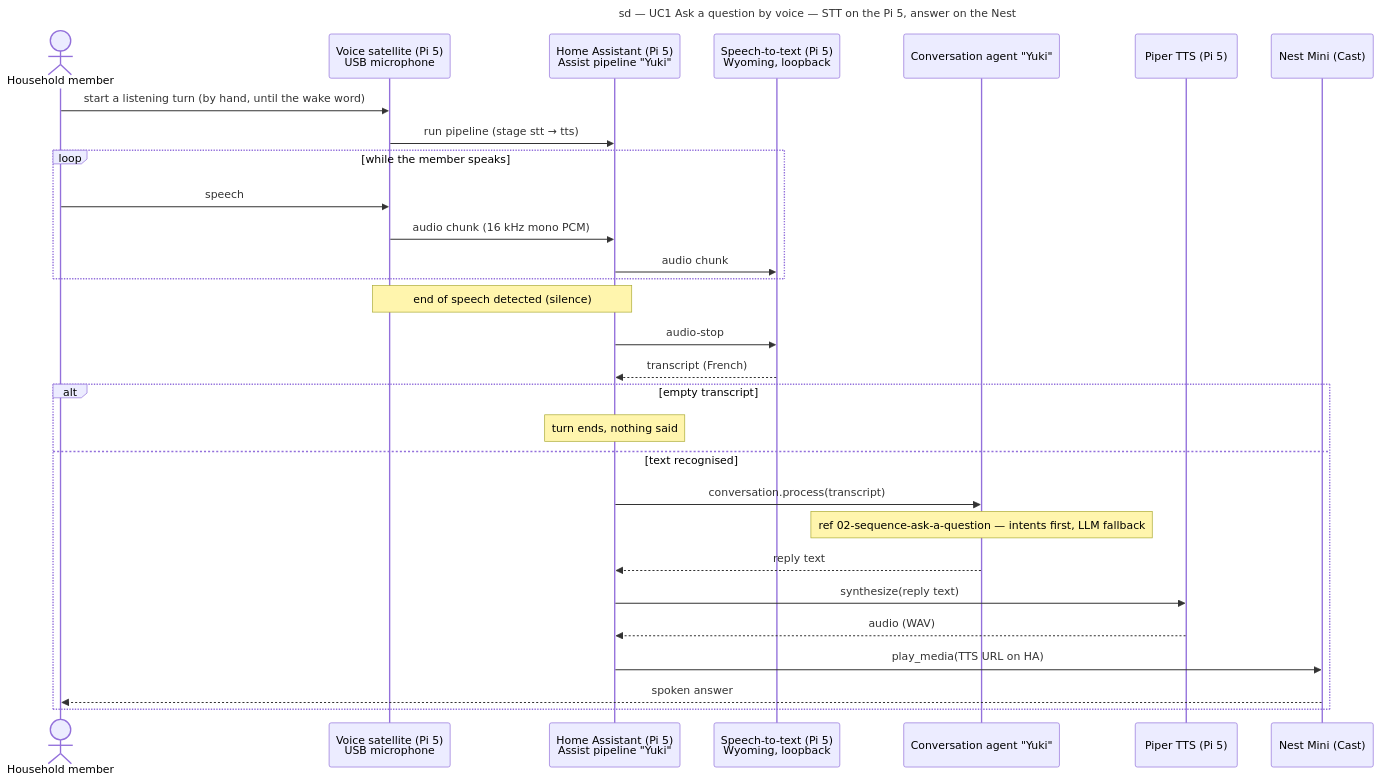
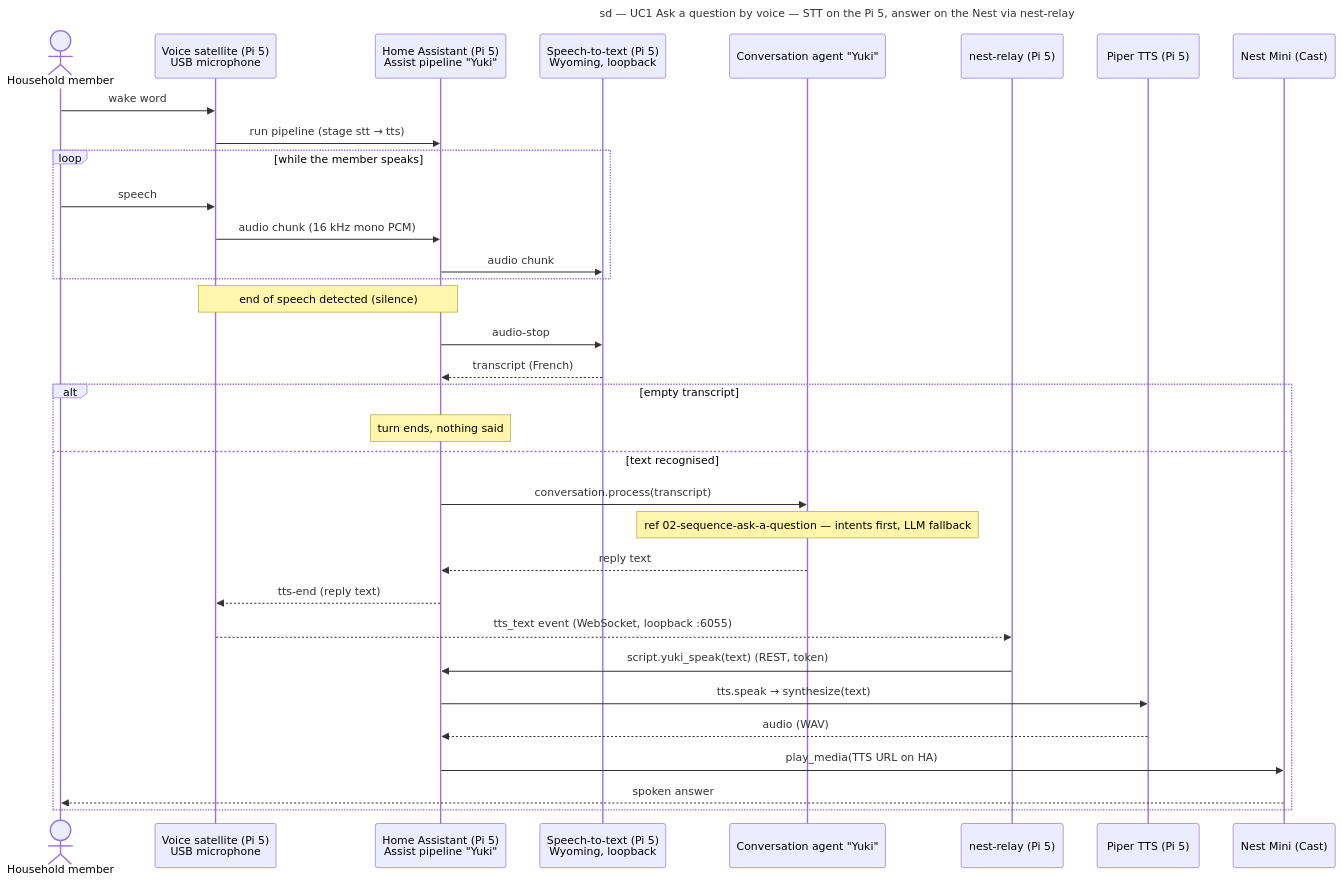
The diagram in docs/architecture/diagrams/voice-assistant/04-sequence-ask-by-voice.md (benoit-bremaud/confiture), drawn with Mermaid before and after one commit. The commit also changed other lines of this file and 14 other files, not shown here.

First line of the commit message:
fix(voice): address the pre-push review of the STT brick

````diff
--- a/docs/architecture/diagrams/voice-assistant/04-sequence-ask-by-voice.md
+++ b/docs/architecture/diagrams/voice-assistant/04-sequence-ask-by-voice.md
@@ -17,35 +18,39 @@
 ```mermaid
 ---
-title: sd — UC1 Ask a question by voice — STT on the Pi 5, answer on the Nest
+title: sd — UC1 Ask a question by voice — STT on the Pi 5, answer on the Nest via nest-relay
 ---
 sequenceDiagram
   actor Member as Household member
   participant Sat as Voice satellite (Pi 5)<br/>USB microphone
   participant HA as Home Assistant (Pi 5)<br/>Assist pipeline "Yuki"
   participant STT as Speech-to-text (Pi 5)<br/>Wyoming, loopback
   participant Agent as Conversation agent "Yuki"
+  participant Relay as nest-relay (Pi 5)
   participant Piper as Piper TTS (Pi 5)
   participant Nest as Nest Mini (Cast)
 
-  Member->>Sat: start a listening turn (by hand, until the wake word)
+  Member->>Sat: wake word
   Sat->>HA: run pipeline (stage stt → tts)
   loop while the member speaks
     Member->>Sat: speech
     Sat->>HA: audio chunk (16 kHz mono PCM)
     HA->>STT: audio chunk
   end
   Note over Sat,HA: end of speech detected (silence)
   HA->>STT: audio-stop
   STT-->>HA: transcript (French)
   alt empty transcript
     Note over HA: turn ends, nothing said
   else text recognised
     HA->>Agent: conversation.process(transcript)
     Note over Agent: ref 02-sequence-ask-a-question — intents first, LLM fallback
     Agent-->>HA: reply text
-    HA->>Piper: synthesize(reply text)
+    HA-->>Sat: tts-end (reply text)
+    Sat-->>Relay: tts_text event (WebSocket, loopback :6055)
+    Relay->>HA: script.yuki_speak(text) (REST, token)
+    HA->>Piper: tts.speak → synthesize(text)
     Piper-->>HA: audio (WAV)
     HA->>Nest: play_media(TTS URL on HA)
     Nest-->>Member: spoken answer
   end
 ```
````
